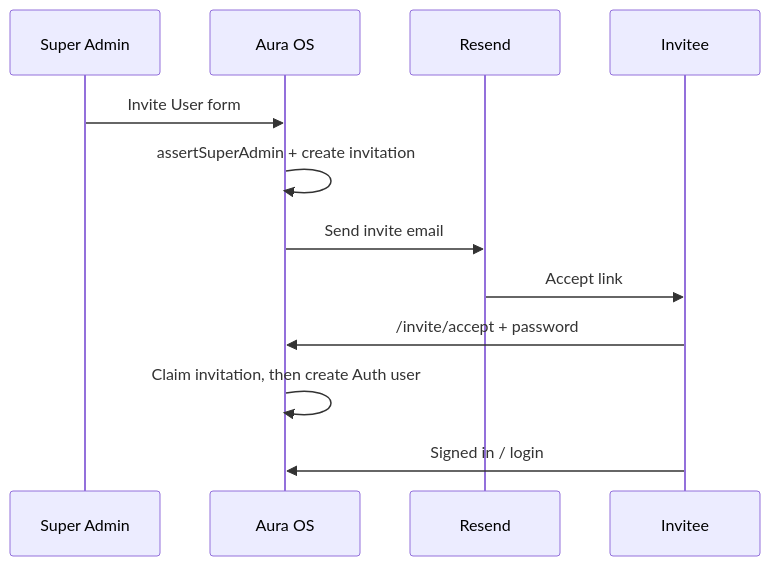
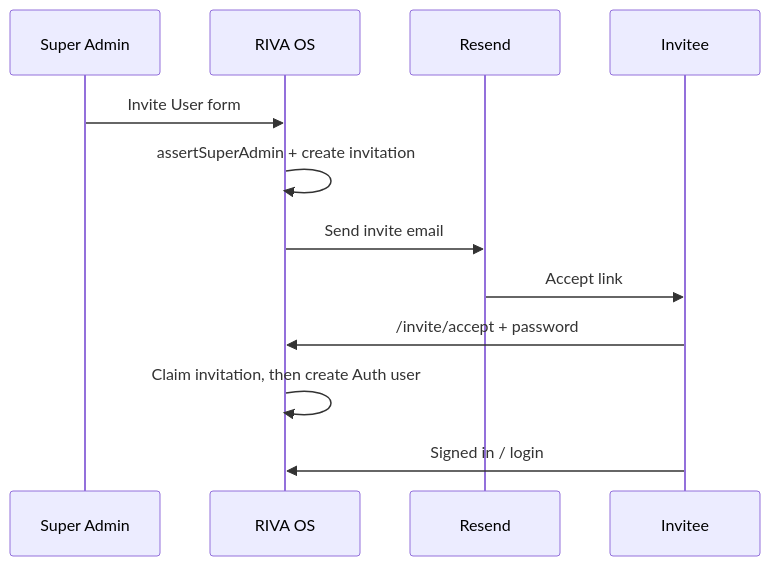
Before and after one commit to raviusl/aura-os: the diagram in docs/AUTH.md, drawn with Mermaid. The commit also changed other lines of this file and 25 other files, not shown here.

````diff
--- a/docs/AUTH.md
+++ b/docs/AUTH.md
@@ -63,15 +63,15 @@
 ```mermaid
 sequenceDiagram
   participant SA as Super Admin
-  participant App as Aura OS
+  participant App as RIVA OS
   participant Mail as Resend
   participant User as Invitee
 
   SA->>App: Invite User form
   App->>App: assertSuperAdmin + create invitation
   App->>Mail: Send invite email
   Mail->>User: Accept link
   User->>App: /invite/accept + password
   App->>App: Claim invitation, then create Auth user
   User->>App: Signed in / login
 ```
````
